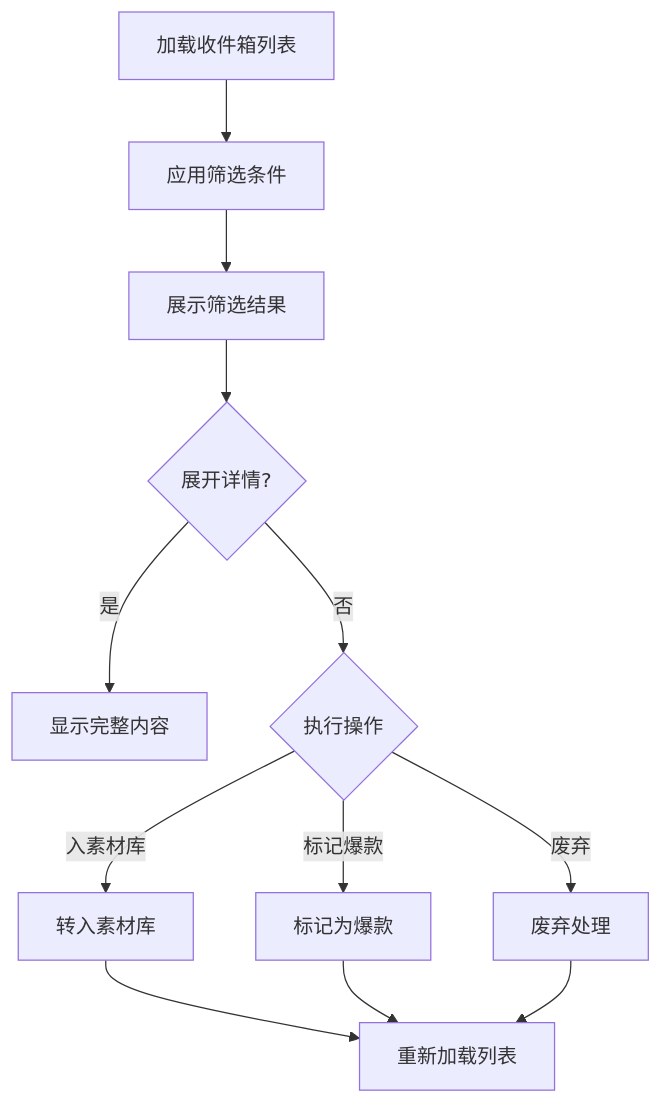
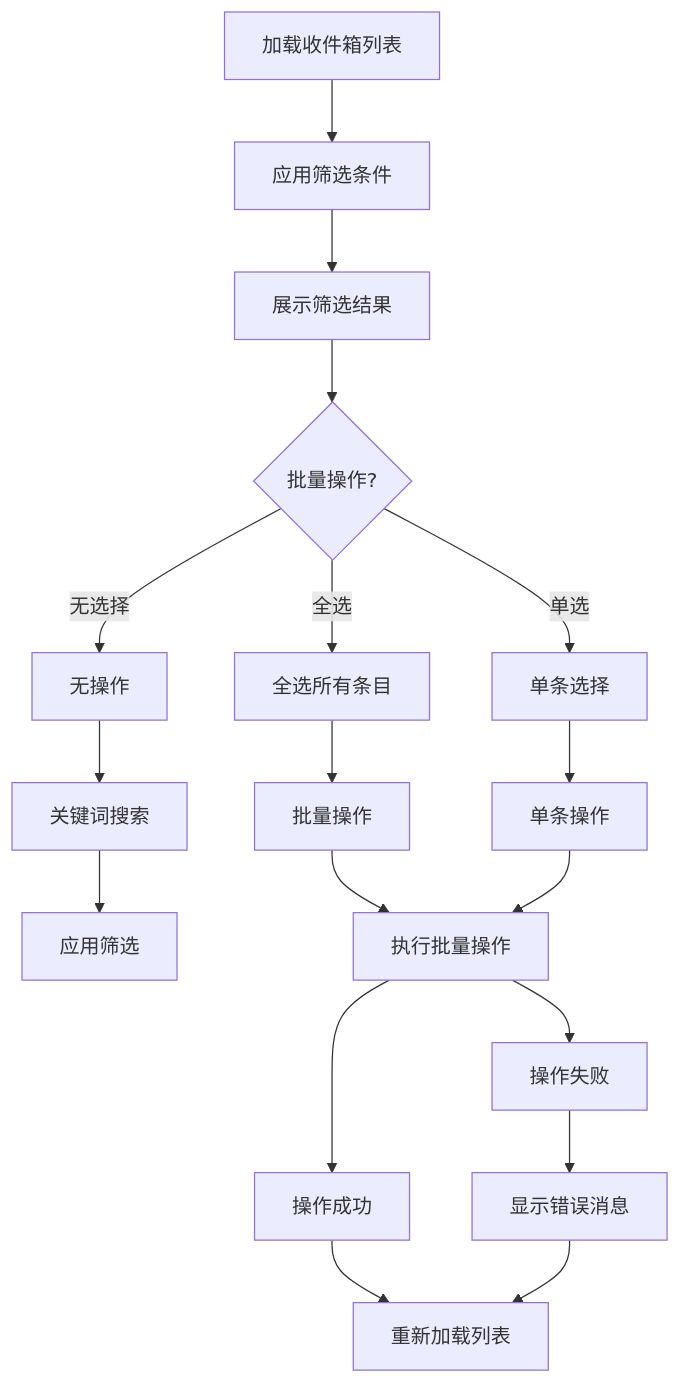
The ninth of 12 diagrams in .qoder/repowiki/zh/content/前端应用架构/前端应用架构.md (dream-ze/AI_huoke-), drawn with Mermaid before and after one commit. The commit also changed other lines of this file and 64 other files, not shown here.

````diff
--- a/.qoder/repowiki/zh/content/前端应用架构/前端应用架构.md
+++ b/.qoder/repowiki/zh/content/前端应用架构/前端应用架构.md
@@ -475,14 +504,20 @@
 ```mermaid
 flowchart TD
 Load["加载收件箱列表"] --> Filter["应用筛选条件"]
 Filter --> Display["展示筛选结果"]
-Display --> Expand{"展开详情?"}
-Expand --> |是| Detail["显示完整内容"]
-Expand --> |否| Action{"执行操作"}
-Action --> |入素材库| Material["转入素材库"]
-Action --> |标记爆款| Hot["标记为爆款"]
-Action --> |废弃| Discard["废弃处理"]
-Material --> Reload["重新加载列表"]
-Hot --> Reload
-Discard --> Reload
+Display --> Select{"批量操作?"}
+Select --> |全选| SelectAll["全选所有条目"]
+Select --> |单选| SingleSelect["单条选择"]
+Select --> |无选择| NoSelect["无操作"]
+SelectAll --> BatchOps["批量操作"]
+SingleSelect --> SingleOps["单条操作"]
+NoSelect --> Search["关键词搜索"]
+Search --> Apply["应用筛选"]
+BatchOps --> Execute["执行批量操作"]
+SingleOps --> Execute
+Execute --> Success["操作成功"]
+Execute --> Fail["操作失败"]
+Success --> Reload["重新加载列表"]
+Fail --> Message["显示错误消息"]
+Message --> Reload
 ```
````
